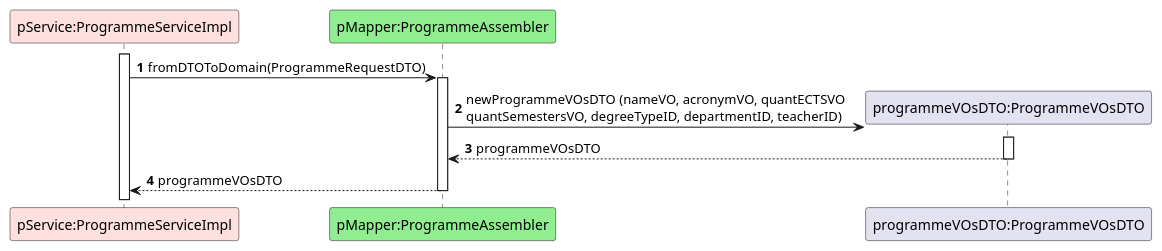
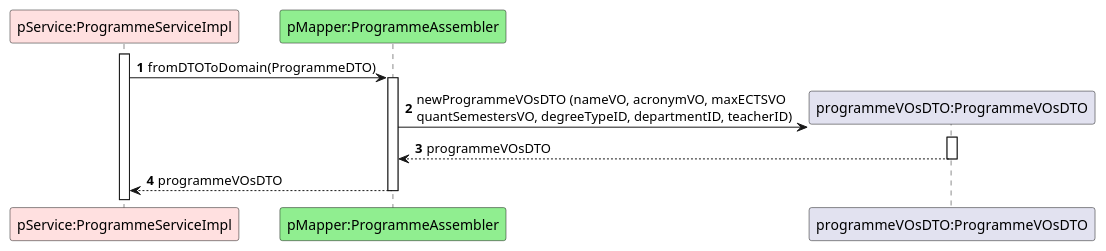
Before and after one commit to GasparISEP/DevOps-PAI: the diagram in docs/US31/ProcessView/References/Ref-ConvertProgrammeRequestDTOToProgrammeVOsDTO.puml, drawn with PlantUML. The commit also changed 2 other files, not shown here.

Commit message:
Corrections to registerProgramme ProcessView's diagrams, #505, #523

```diff
--- a/docs/US31/ProcessView/References/Ref-ConvertProgrammeRequestDTOToProgrammeVOsDTO.puml
+++ b/docs/US31/ProcessView/References/Ref-ConvertProgrammeRequestDTOToProgrammeVOsDTO.puml
@@ -1,14 +1,14 @@
 @startuml
 autonumber
 
 participant "pService:ProgrammeServiceImpl" as PS #implementation
 participant "pMapper:ProgrammeAssembler" as PA #lightgreen
 participant "programmeVOsDTO:ProgrammeVOsDTO" as PDTO
 
 activate PS
-PS -> PA ++: fromDTOToDomain(ProgrammeRequestDTO)
-PA -> PDTO**: newProgrammeVOsDTO (nameVO, acronymVO, quantECTSVO \nquantSemestersVO, degreeTypeID, departmentID, teacherID)
+PS -> PA ++: fromDTOToDomain(ProgrammeDTO)
+PA -> PDTO**: newProgrammeVOsDTO (nameVO, acronymVO, maxECTSVO \nquantSemestersVO, degreeTypeID, departmentID, teacherID)
 activate PDTO
 PDTO --> PA--: programmeVOsDTO
 PA --> PS--: programmeVOsDTO
 @enduml
```
